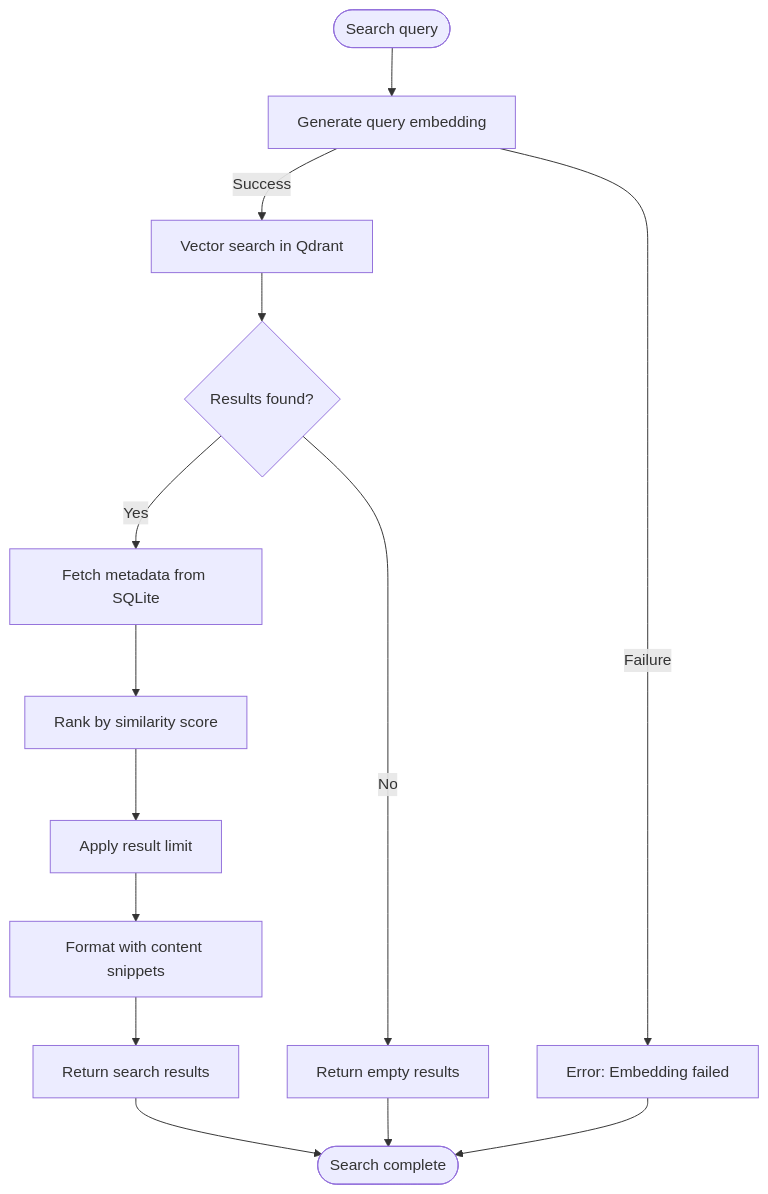
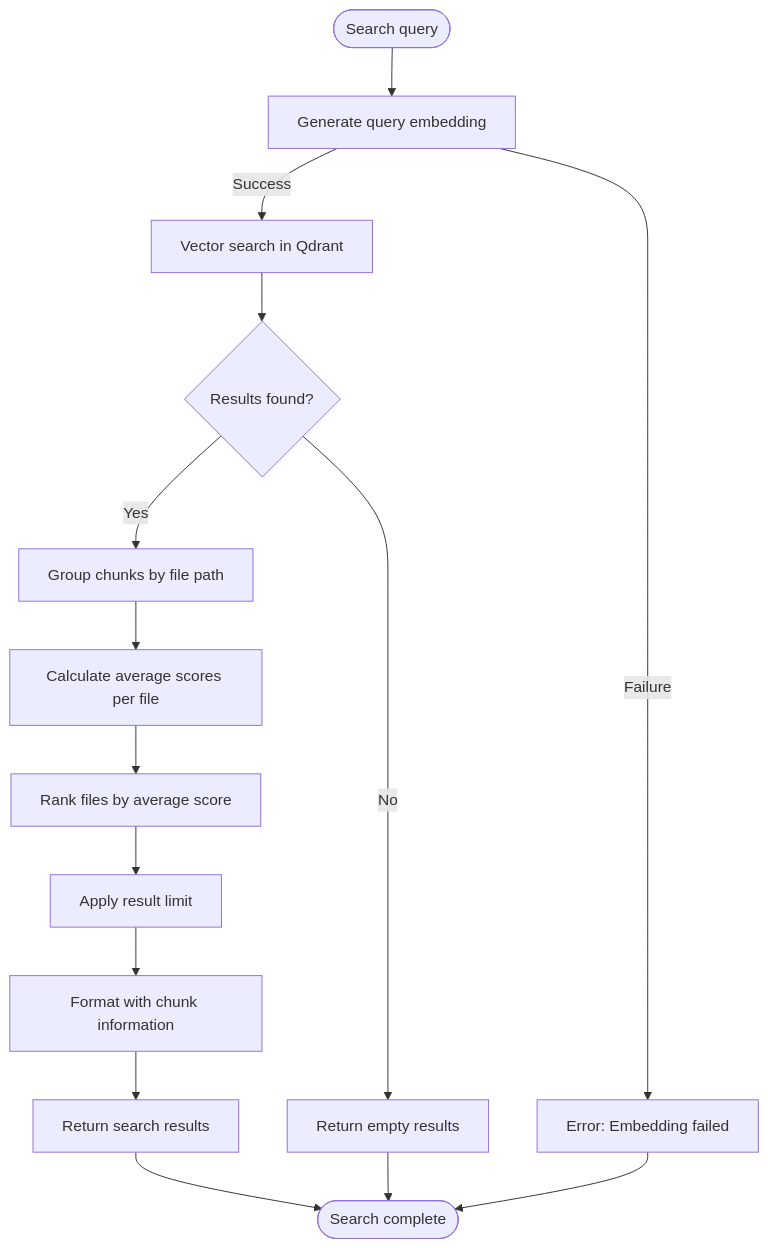
One commit to peteretelej/directory-indexer changed the third of 7 diagrams in docs/flows.md. Above: the diagram before and after it, drawn with Mermaid. The commit also changed other lines of this file and 2 other files, not shown here.

Commit message:
docs: document search ranking and get_chunk

````diff
--- a/docs/flows.md
+++ b/docs/flows.md
@@ -81,16 +83,17 @@
 ```mermaid
 flowchart TD
     START([Search query]) --> EMBED[Generate query embedding]
     EMBED -->|Success| VECTOR[Vector search in Qdrant]
     EMBED -->|Failure| ERROR[Error: Embedding failed]
     VECTOR --> RESULTS{Results found?}
     RESULTS -->|No| EMPTY[Return empty results]
-    RESULTS -->|Yes| ENRICH[Fetch metadata from SQLite]
-    ENRICH --> RANK[Rank by similarity score]
+    RESULTS -->|Yes| GROUP[Group chunks by file path]
+    GROUP --> SCORE[Calculate average scores per file]
+    SCORE --> RANK[Rank files by average score]
     RANK --> LIMIT[Apply result limit]
-    LIMIT --> FORMAT[Format with content snippets]
+    LIMIT --> FORMAT[Format with chunk information]
     FORMAT --> RETURN[Return search results]
     RETURN --> END([Search complete])
     EMPTY --> END
     ERROR --> END
 ```
````
